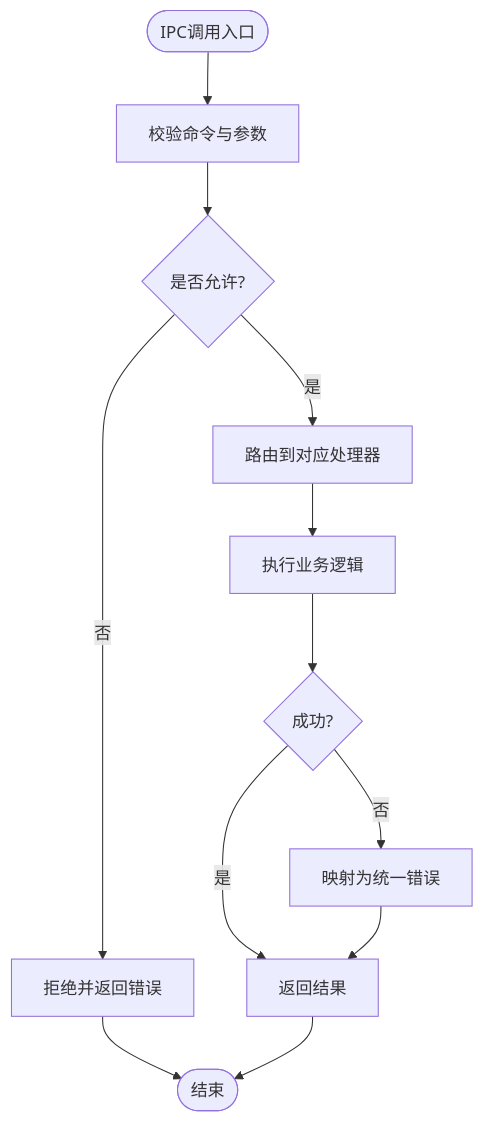
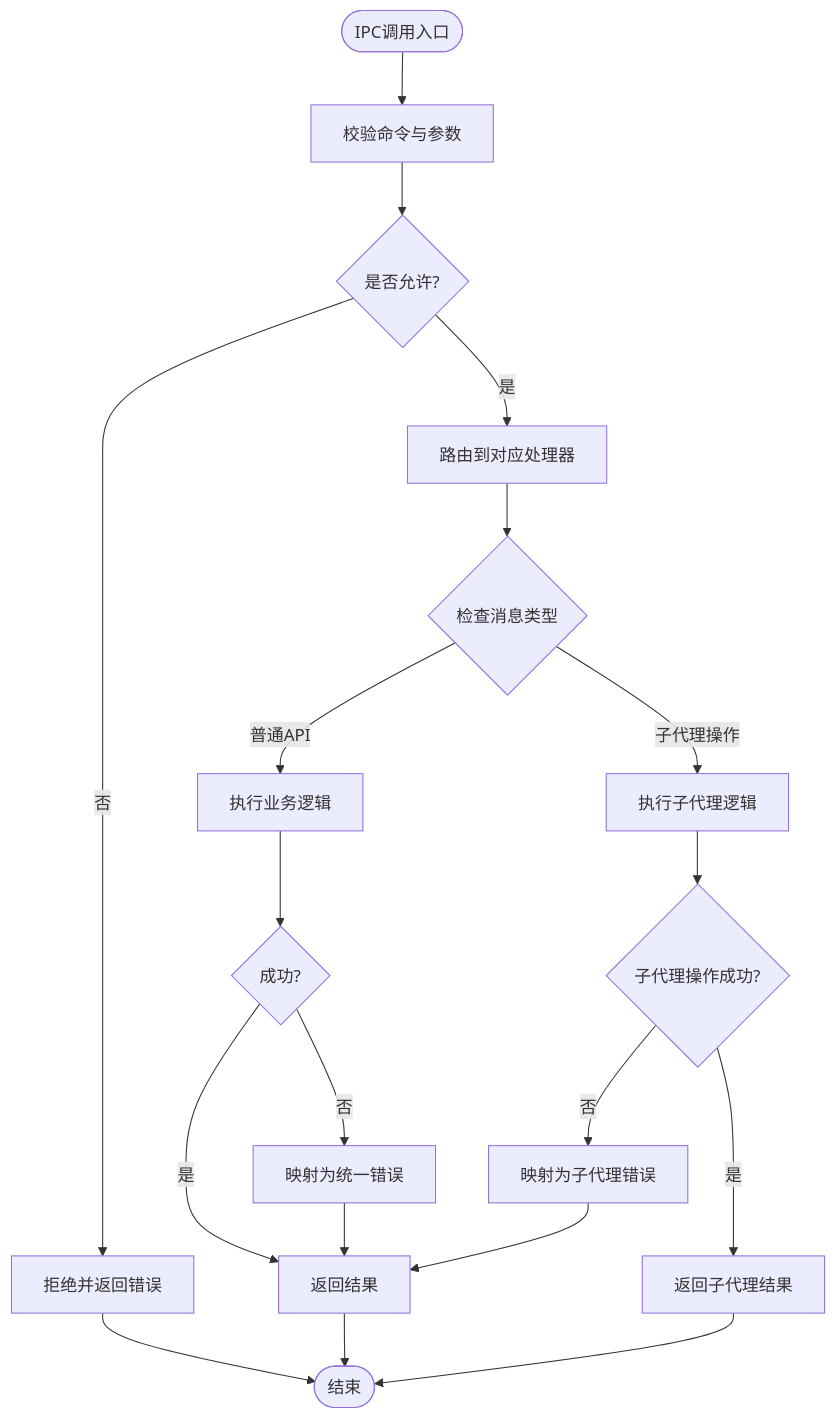
Before and after one commit to kkutysllb/KCoder: the third of 9 diagrams in .qoder/repowiki/zh/content/AI对话系统/引擎API集成.md, drawn with Mermaid. The commit also changed other lines of this file and 127 other files, not shown here.

````diff
--- a/.qoder/repowiki/zh/content/AI对话系统/引擎API集成.md
+++ b/.qoder/repowiki/zh/content/AI对话系统/引擎API集成.md
@@ -218,14 +218,21 @@
 ```mermaid
 flowchart TD
 Start(["IPC调用入口"]) --> Validate["校验命令与参数"]
 Validate --> Valid{"是否允许?"}
 Valid --> |否| Deny["拒绝并返回错误"]
 Valid --> |是| Route["路由到对应处理器"]
-Route --> Exec["执行业务逻辑"]
+Route --> CheckType{"检查消息类型"}
+CheckType --> |普通API| Exec["执行业务逻辑"]
+CheckType --> |子代理操作| SubAgentExec["执行子代理逻辑"]
 Exec --> Result{"成功?"}
+SubAgentExec --> SubResult{"子代理操作成功?"}
 Result --> |否| MapErr["映射为统一错误"]
 Result --> |是| Return["返回结果"]
+SubResult --> |否| MapSubErr["映射为子代理错误"]
+SubResult --> |是| ReturnSub["返回子代理结果"]
 MapErr --> Return
+MapSubErr --> Return
 Deny --> End(["结束"])
 Return --> End
+ReturnSub --> End
 ```
````
